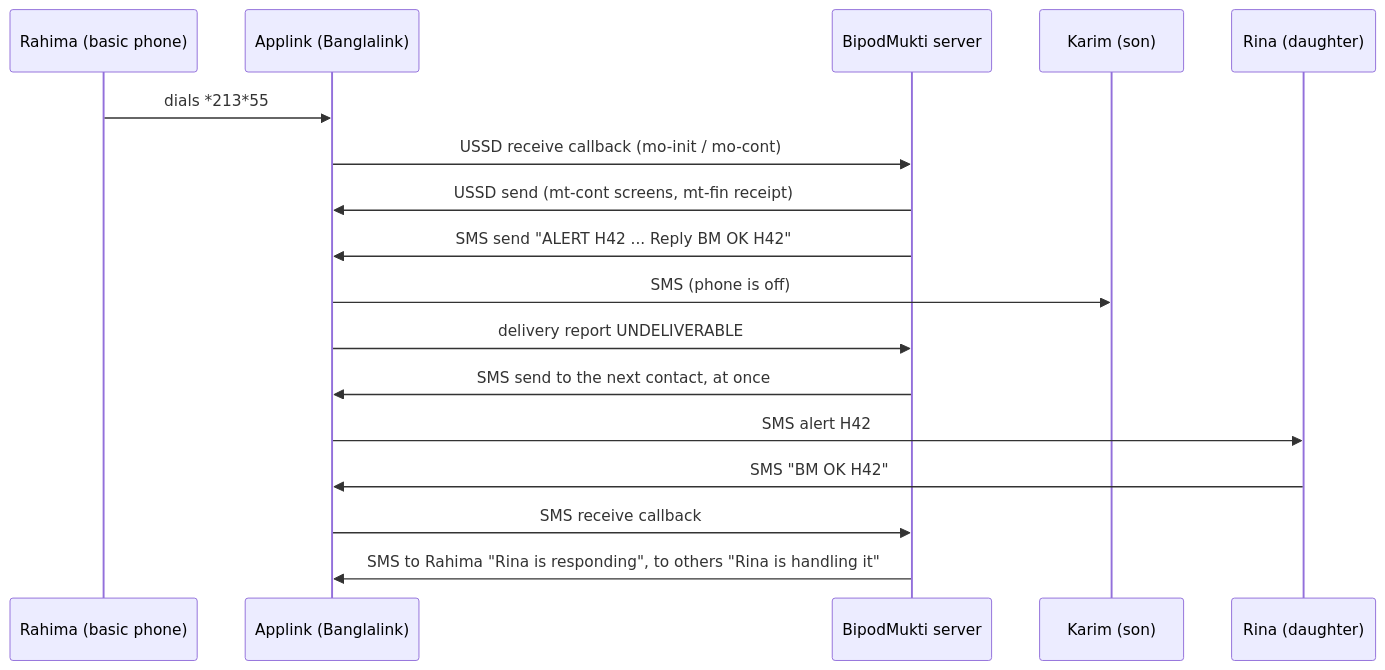
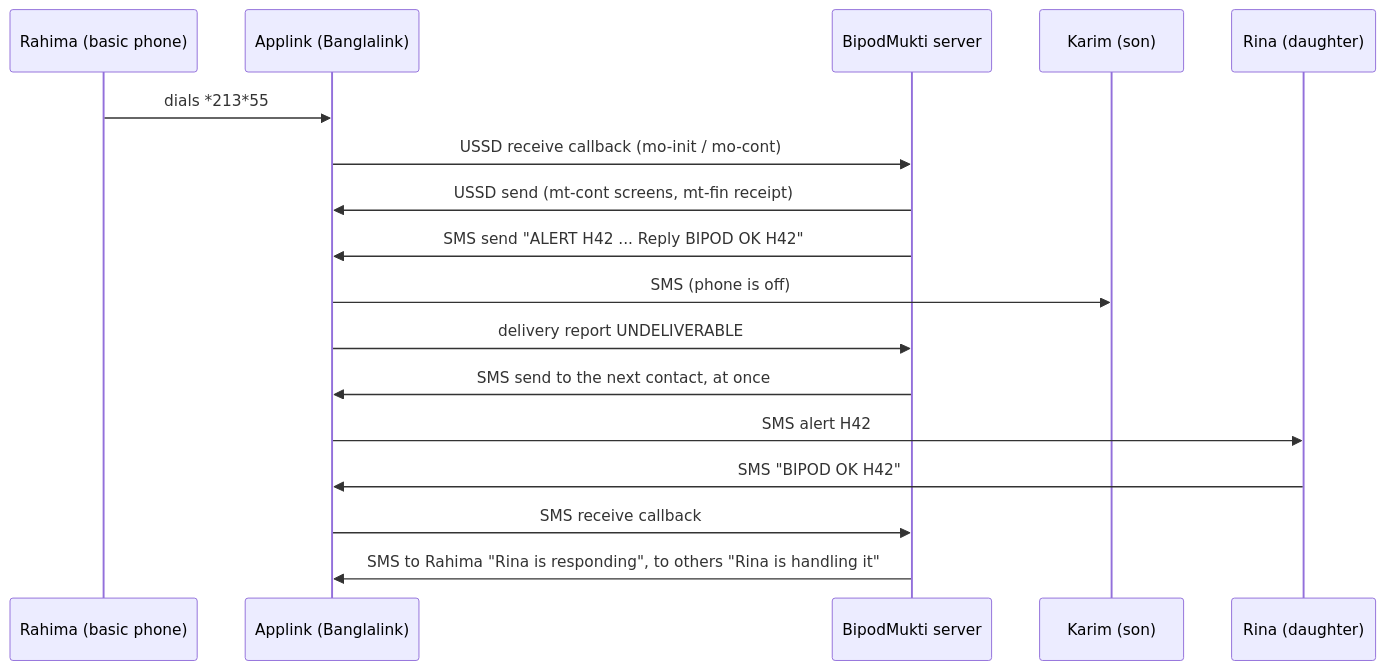
The diagram in README.md (Fahmid-Arman/bipodmukti), drawn with Mermaid before and after one commit. The commit also changed other lines of this file and 2 other files, not shown here.

````diff
--- a/README.md
+++ b/README.md
@@ -17,19 +17,19 @@
 ```mermaid
 sequenceDiagram
     participant R as Rahima (basic phone)
     participant A as Applink (Banglalink)
     participant B as BipodMukti server
     participant K as Karim (son)
     participant N as Rina (daughter)
     R->>A: dials *213*55#, presses 2 (HELP), 1 (rescue), 2 (shelter)
     A->>B: USSD receive callback (mo-init / mo-cont)
     B->>A: USSD send (mt-cont screens, mt-fin receipt)
-    B->>A: SMS send "ALERT H42 ... Reply BM OK H42"
+    B->>A: SMS send "ALERT H42 ... Reply BIPOD OK H42"
     A->>K: SMS (phone is off)
     A->>B: delivery report UNDELIVERABLE
     B->>A: SMS send to the next contact, at once
     A->>N: SMS alert H42
-    N->>A: SMS "BM OK H42"
+    N->>A: SMS "BIPOD OK H42"
     A->>B: SMS receive callback
     B->>A: SMS to Rahima "Rina is responding", to others "Rina is handling it"
 ```
````
